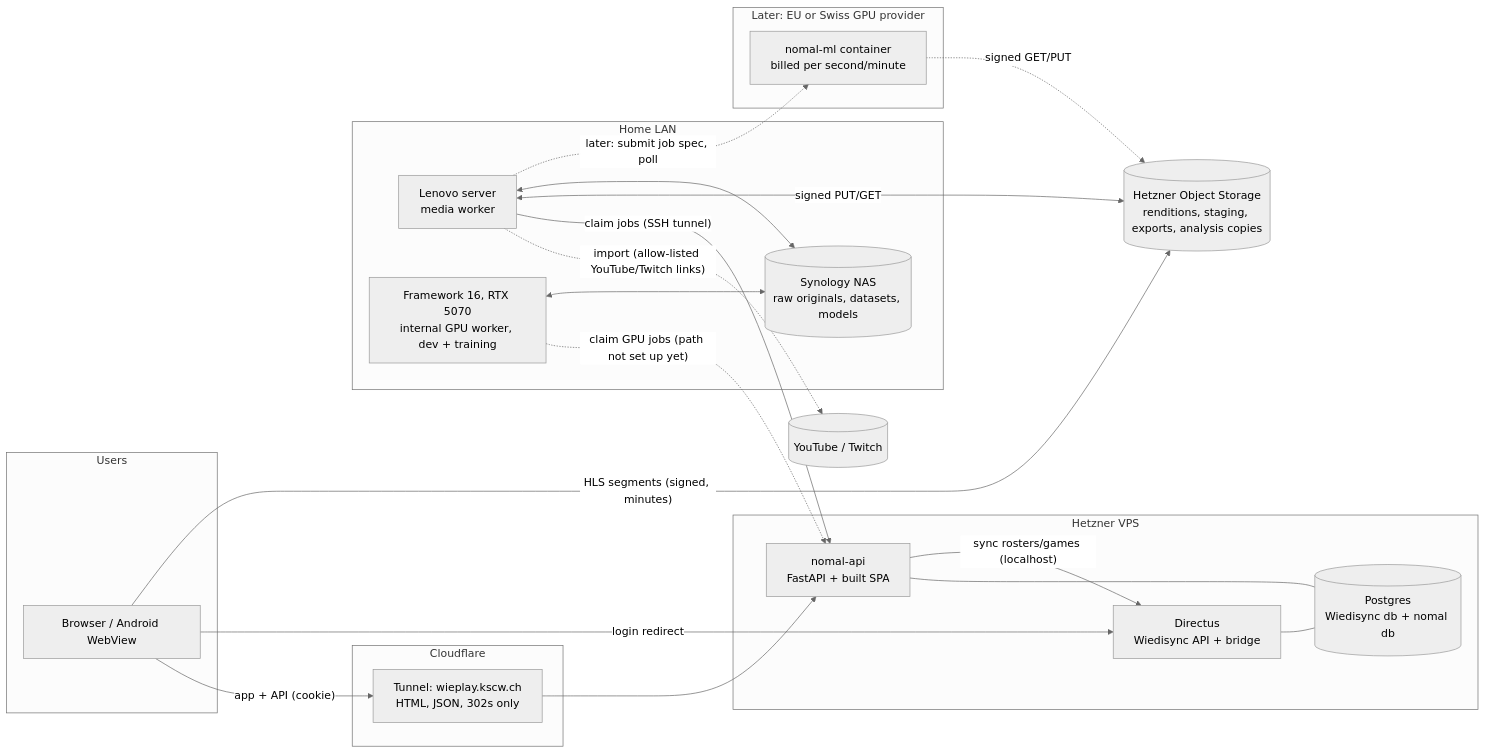
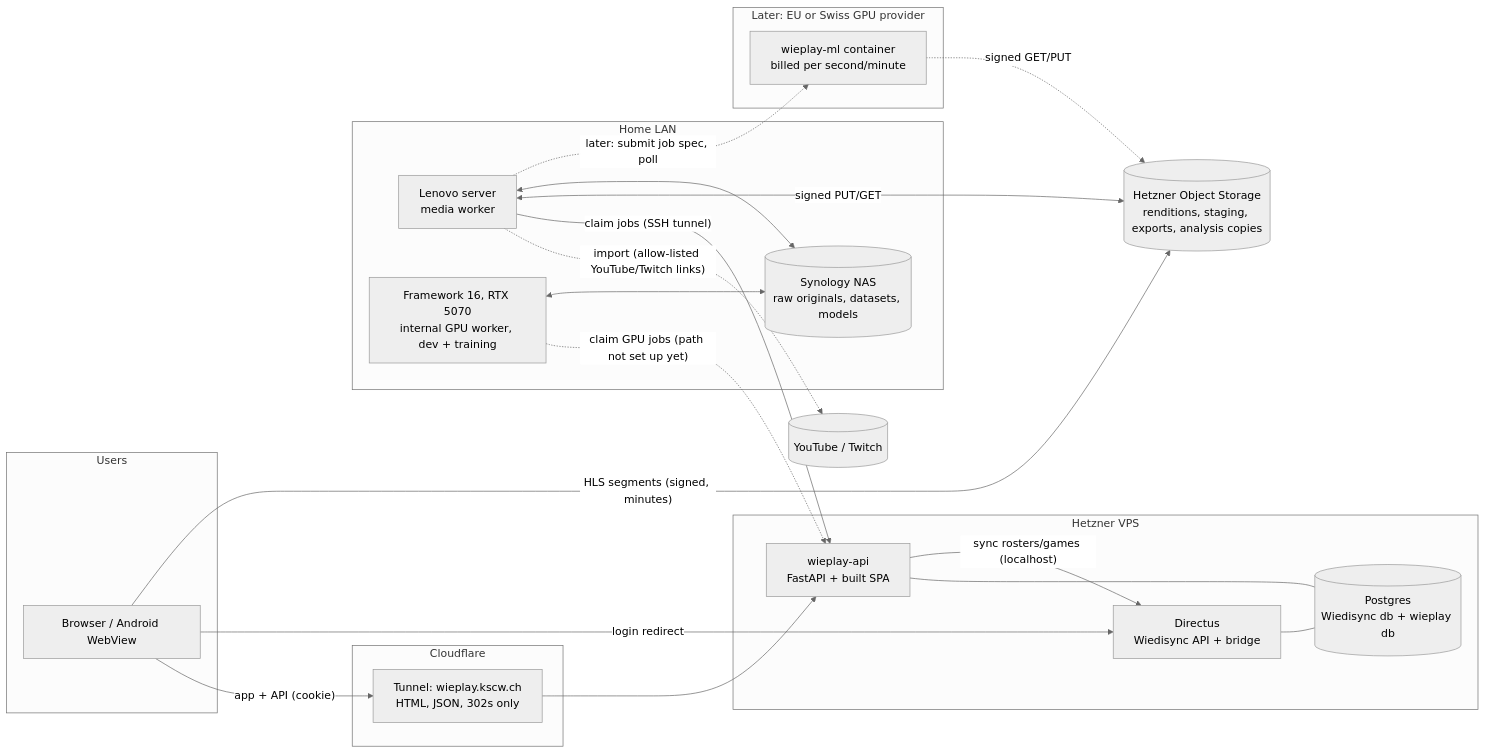
The first of 4 diagrams in docs/PLAN.md (KSC-Wiedikon/wieplay), drawn with Mermaid (neutral theme) before and after one commit. The commit also changed other lines of this file and 333 other files, not shown here.

First line of the commit message:
Full rename: nomal → wieplay in code, settings, containers and the bridge

````diff
--- a/docs/PLAN.md
+++ b/docs/PLAN.md
@@ -115,43 +115,43 @@
 ```mermaid
 flowchart LR
   subgraph Users
     B[Browser / Android WebView]
   end
 
   subgraph CF[Cloudflare]
     T[Tunnel: wieplay.kscw.ch<br/>HTML, JSON, 302s only]
   end
 
   subgraph H[Hetzner VPS]
-    API[nomal-api<br/>FastAPI + built SPA]
+    API[wieplay-api<br/>FastAPI + built SPA]
     DX[Directus<br/>Wiedisync API + bridge]
-    PG[(Postgres<br/>Wiedisync db + nomal db)]
+    PG[(Postgres<br/>Wiedisync db + wieplay db)]
   end
 
   OS[(Hetzner Object Storage<br/>renditions, staging, exports, analysis copies)]
 
   subgraph Home[Home LAN]
     LS[Lenovo server<br/>media worker]
     FW[Framework 16, RTX 5070<br/>internal GPU worker, dev + training]
     NAS[(Synology NAS<br/>raw originals, datasets, models)]
   end
 
   subgraph Later[Later: EU or Swiss GPU provider]
-    ML[nomal-ml container<br/>billed per second/minute]
+    ML[wieplay-ml container<br/>billed per second/minute]
   end
 
   B -- "app + API (cookie)" --> T --> API
   B -- "login redirect" --> DX
   B -- "HLS segments (signed, minutes)" --> OS
   LS -. "import (allow-listed YouTube/Twitch links)" .-> YT[(YouTube / Twitch)]
   API --- PG
   DX --- PG
   API -- "sync rosters/games (localhost)" --> DX
   LS -- "claim jobs (SSH tunnel)" --> API
   FW -. "claim GPU jobs (path not set up yet)" .-> API
   LS <-- "signed PUT/GET" --> OS
   LS <--> NAS
   FW <--> NAS
   LS -. "later: submit job spec, poll" .-> ML
   ML -. "signed GET/PUT" .-> OS
 ```
````
